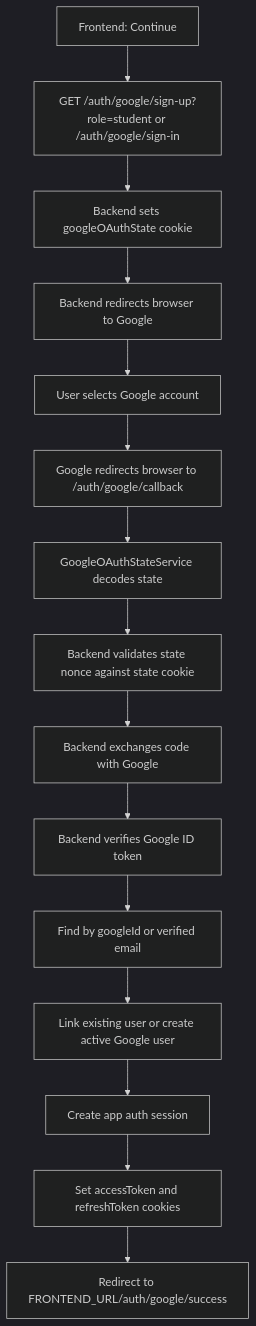
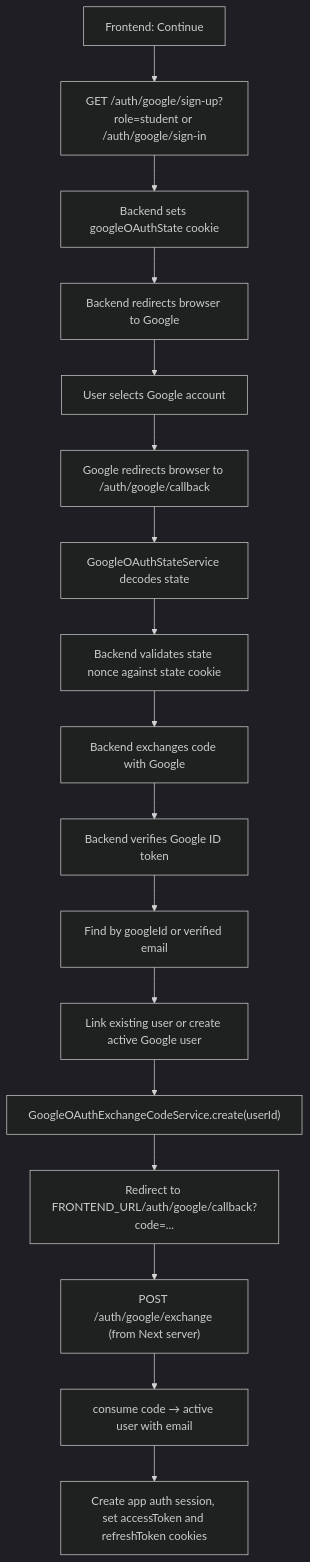
One commit to KaterynaKocheharova/Practice-app changed the diagram in back/docs/auth/google-oauth-flow.md. Above: the diagram before and after it, drawn with Mermaid (dark theme). The commit also changed other lines of this file and 178 other files, not shown here.

Commit message:
use server actions for all implemented features and proxy tokens refresh

````diff
--- a/back/docs/auth/google-oauth-flow.md
+++ b/back/docs/auth/google-oauth-flow.md
@@ -86,17 +91,19 @@
 ```mermaid
 flowchart TD
   Button["Frontend: Continue"] --> Start["GET /auth/google/sign-up?role=student or /auth/google/sign-in"]
   Start --> StateCookie["Backend sets googleOAuthState cookie"]
   StateCookie --> Google["Backend redirects browser to Google"]
   Google --> Consent["User selects Google account"]
   Consent --> Callback["Google redirects browser to /auth/google/callback"]
   Callback --> StateFacade["GoogleOAuthStateService decodes state"]
   StateFacade --> StateCheck["Backend validates state nonce against state cookie"]
   StateCheck --> TokenExchange["Backend exchanges code with Google"]
   TokenExchange --> IdToken["Backend verifies Google ID token"]
   IdToken --> User["Find by googleId or verified email"]
   User --> LinkOrCreate["Link existing user or create active Google user"]
-  LinkOrCreate --> Session["Create app auth session"]
-  Session --> Cookies["Set accessToken and refreshToken cookies"]
-  Cookies --> Redirect["Redirect to FRONTEND_URL/auth/google/success"]
+  LinkOrCreate --> Code["GoogleOAuthExchangeCodeService.create(userId)"]
+  Code --> Redirect["Redirect to FRONTEND_URL/auth/google/callback?code=..."]
+  Redirect --> Exchange["POST /auth/google/exchange (from Next server)"]
+  Exchange --> Consume["consume code → active user with email"]
+  Consume --> Session["Create app auth session, set accessToken and refreshToken cookies"]
 ```
````
